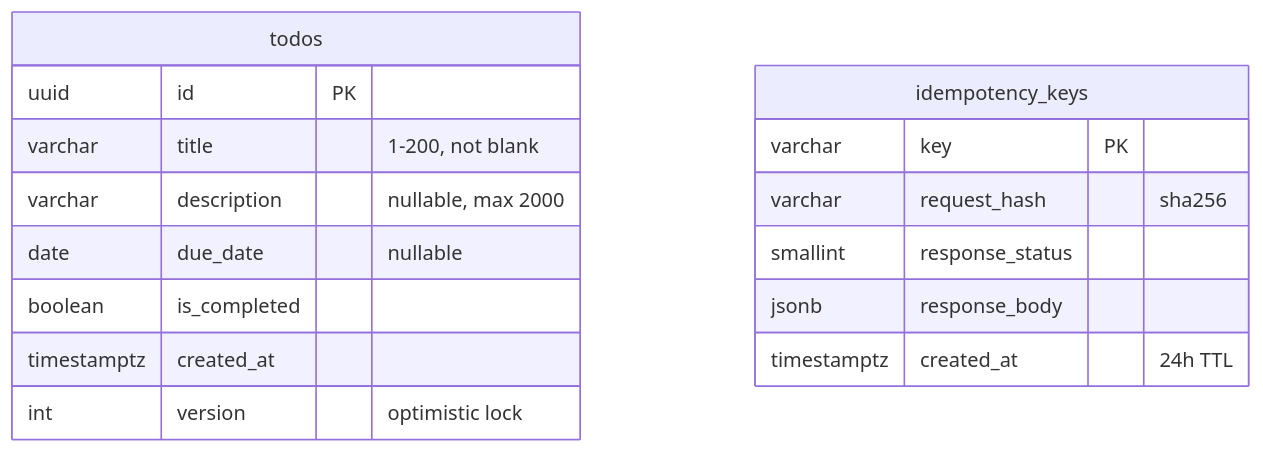
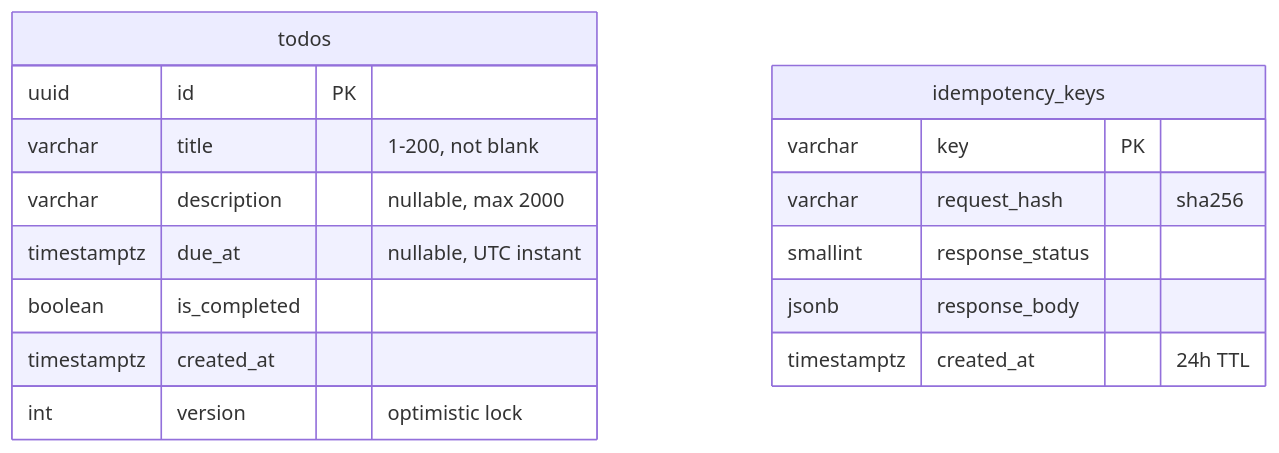
One commit to charlesmalo/FociToDo changed the fifth of 6 diagrams in docs/architecture.md. Above: the diagram before and after it, drawn with Mermaid. The commit also changed other lines of this file and 20 other files, not shown here.

````diff
--- a/docs/architecture.md
+++ b/docs/architecture.md
@@ -105,19 +105,19 @@
 ```mermaid
 erDiagram
   todos {
     uuid id PK
     varchar title "1-200, not blank"
     varchar description "nullable, max 2000"
-    date due_date "nullable"
+    timestamptz due_at "nullable, UTC instant"
     boolean is_completed
     timestamptz created_at
     int version "optimistic lock"
   }
   idempotency_keys {
     varchar key PK
     varchar request_hash "sha256"
     smallint response_status
     jsonb response_body
     timestamptz created_at "24h TTL"
   }
 ```
````
